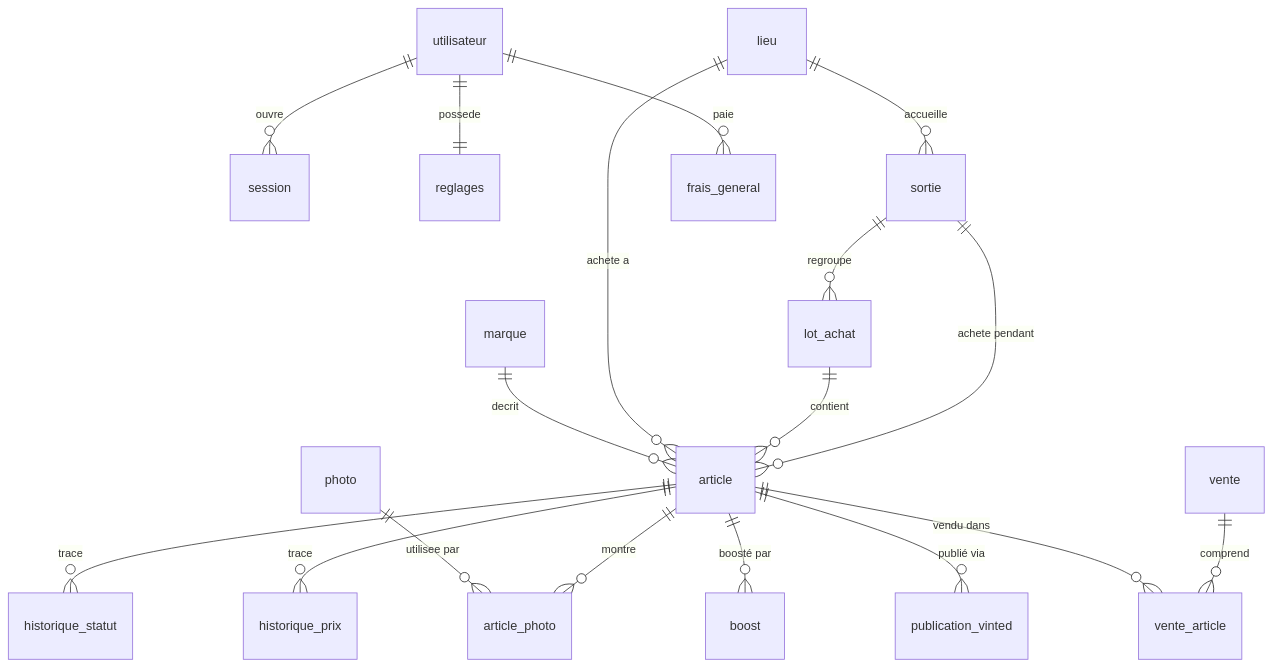
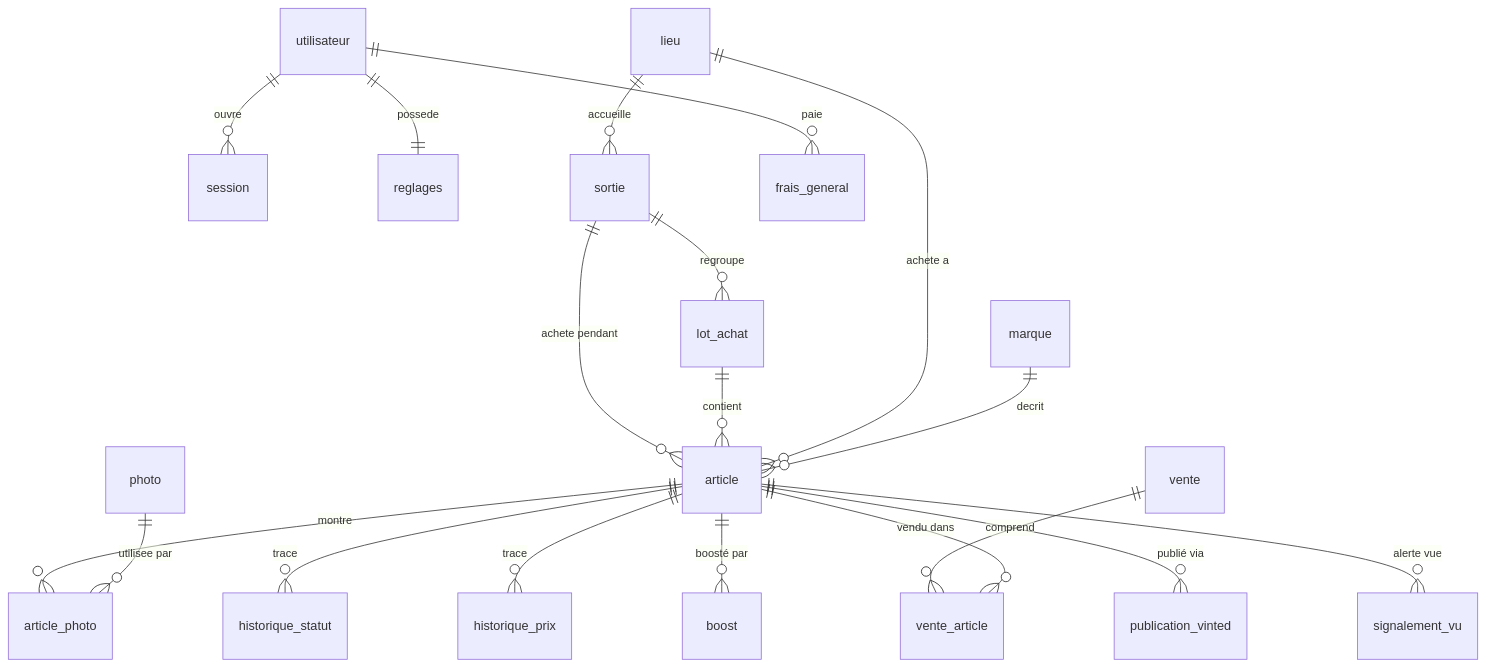
One commit to Plossec/Vinted-Helper changed the third of 3 diagrams in docs/architecture.md. Above: the diagram before and after it, drawn with Mermaid. The commit also changed other lines of this file and 4 other files, not shown here.

````diff
--- a/docs/architecture.md
+++ b/docs/architecture.md
@@ -91,20 +91,21 @@
 ```mermaid
 erDiagram
   utilisateur ||--o{ session : ouvre
   utilisateur ||--|| reglages : possede
   lieu ||--o{ sortie : accueille
   sortie ||--o{ lot_achat : regroupe
   sortie ||--o{ article : "achete pendant"
   lot_achat ||--o{ article : contient
   lieu ||--o{ article : "achete a"
   marque ||--o{ article : decrit
   article ||--o{ article_photo : montre
   photo ||--o{ article_photo : "utilisee par"
   article ||--o{ historique_statut : trace
   article ||--o{ historique_prix : trace
   article ||--o{ boost : "boosté par"
   vente ||--o{ vente_article : comprend
   article ||--o{ vente_article : "vendu dans"
   article ||--o{ publication_vinted : "publié via"
+  article ||--o{ signalement_vu : "alerte vue"
   utilisateur ||--o{ frais_general : paie
 ```
````
